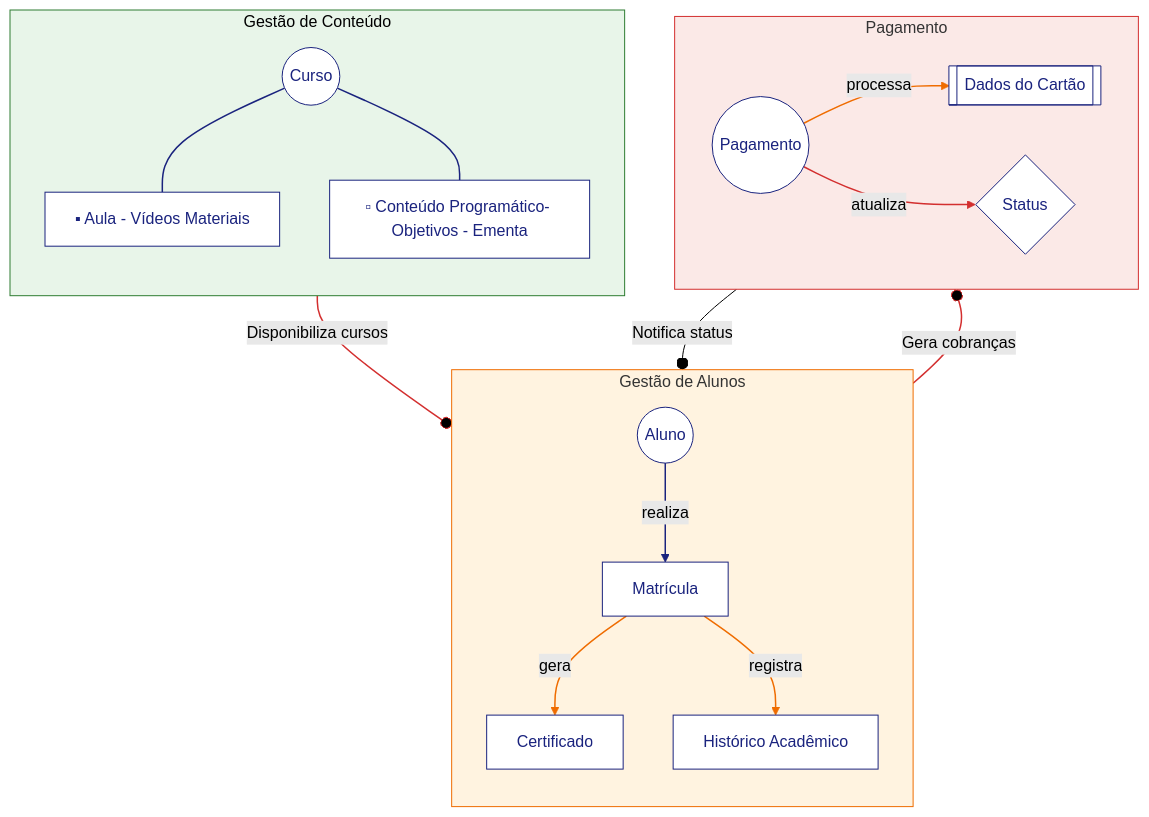
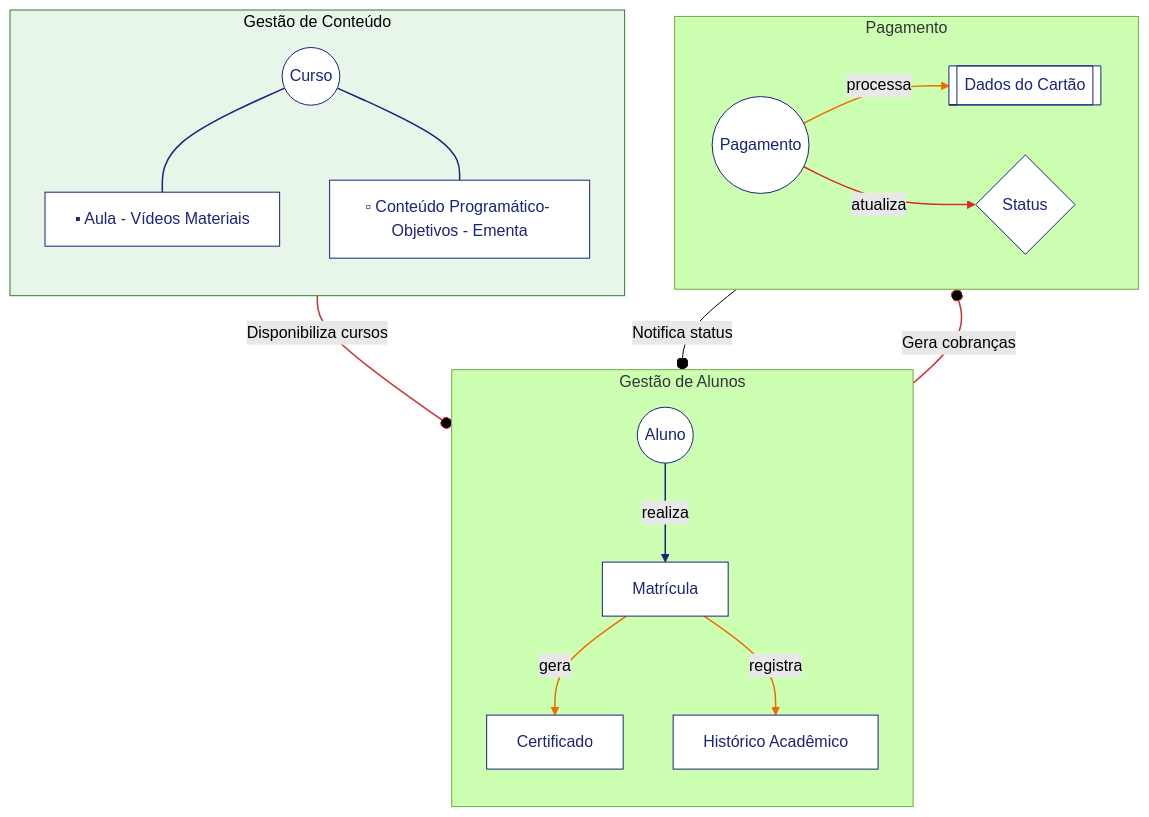
Before and after one commit to jasonamaral/mba.modulo3: the diagram in README.MD, drawn with Mermaid (forest theme).

````diff
--- a/README.MD
+++ b/README.MD
@@ -41,52 +41,52 @@
 ```mermaid
 graph TD
     %% Configurações globais
     classDef title fill:#1a237e,color:black,stroke:none,font-size:20px
     classDef bc fill:#f5f5f5,stroke:#333,stroke-width:1.5px,color:#1a237e
     classDef entity fill:#ffffff,stroke:#1a237e,stroke-width:1px,color:#1a237e
     classDef relationship fill:#fafafa,stroke:#666,stroke-dasharray:5
 
     %% Bounded Contexts
     subgraph BC1["Gestão de Conteúdo"]
         direction TB
 		style BC1 fill:#e8f5e9,stroke:#2e7d32,color:black
         C1(("Curso")):::entity
         A1["▪ Aula - Vídeos Materiais"]:::entity
         CP["▫ Conteúdo Programático- Objetivos - Ementa"]:::entity
         C1 --- A1
         C1 --- CP
     end
 
     subgraph BC2["Gestão de Alunos"]
         direction TB
-        style BC2 fill:#fff3e0,stroke:#ef6c00
+        style BC1 fill:#e8f5e9,stroke:#2e7d32,color:black
         AL(("Aluno")):::entity
         MT[Matrícula]:::entity
         CT[Certificado]:::entity
         HA[Histórico Acadêmico]:::entity
         AL -->|realiza| MT
         MT -->|gera| CT
         MT -->|registra| HA
     end
 
     subgraph BC3["Pagamento"]
         direction LR
-        style BC3 fill:#fbe9e7,stroke:#d32f2f
+        style BC1 fill:#e8f5e9,stroke:#2e7d32,color:black
         PG(("Pagamento")):::entity
         DC[[Dados do Cartão]]:::entity
         SP{Status}:::entity
         PG -->|processa| DC
         PG -->|atualiza| SP
     end
 
     %% Relacionamentos entre BCs
     BC1 --o|"Disponibiliza cursos"| BC2
     BC2 --o|"Gera cobranças"| BC3
     BC3 --o|"Notifica status"| BC2
 
     %% Elementos auxiliares
     class T title
     linkStyle 0,1,2 stroke:#1a237e,stroke-width:1.5px
     linkStyle 3,4,5 stroke:#ef6c00,stroke-width:1.5px
     linkStyle 6,7,8 stroke:#d32f2f,stroke-width:1.5px
 ```
````
